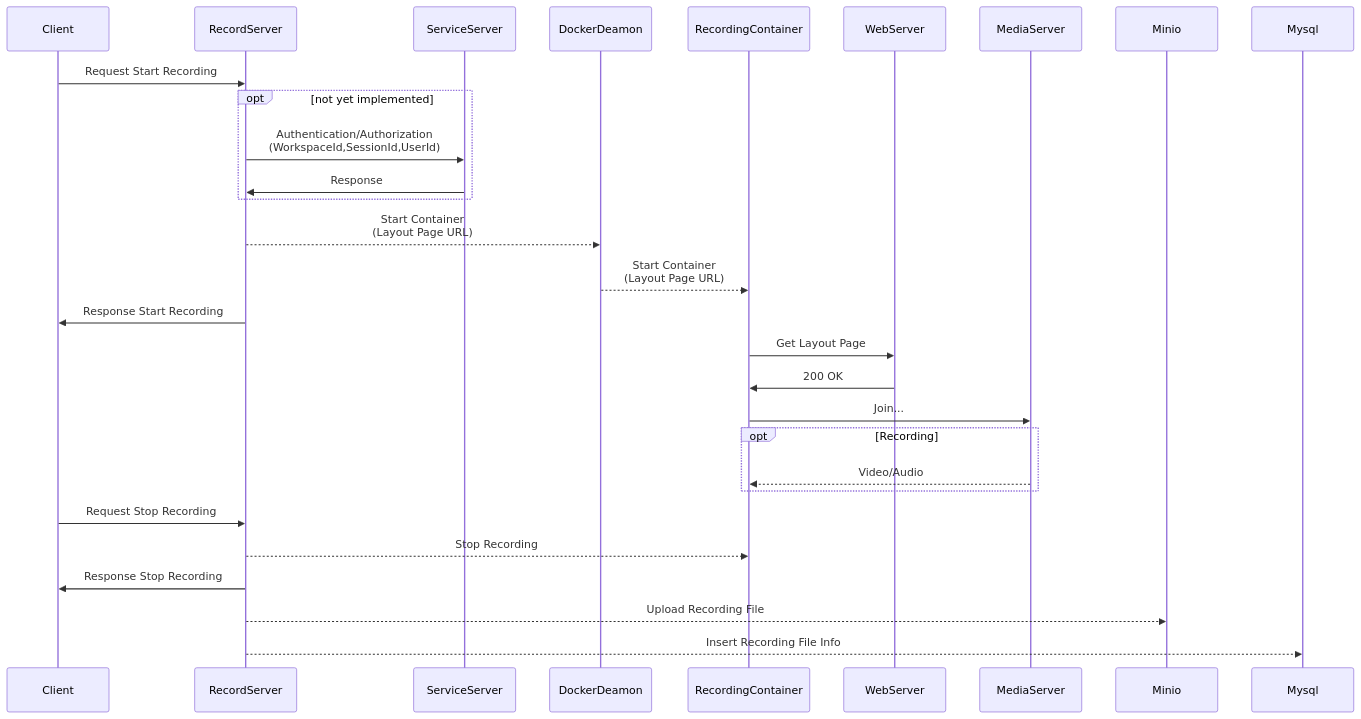
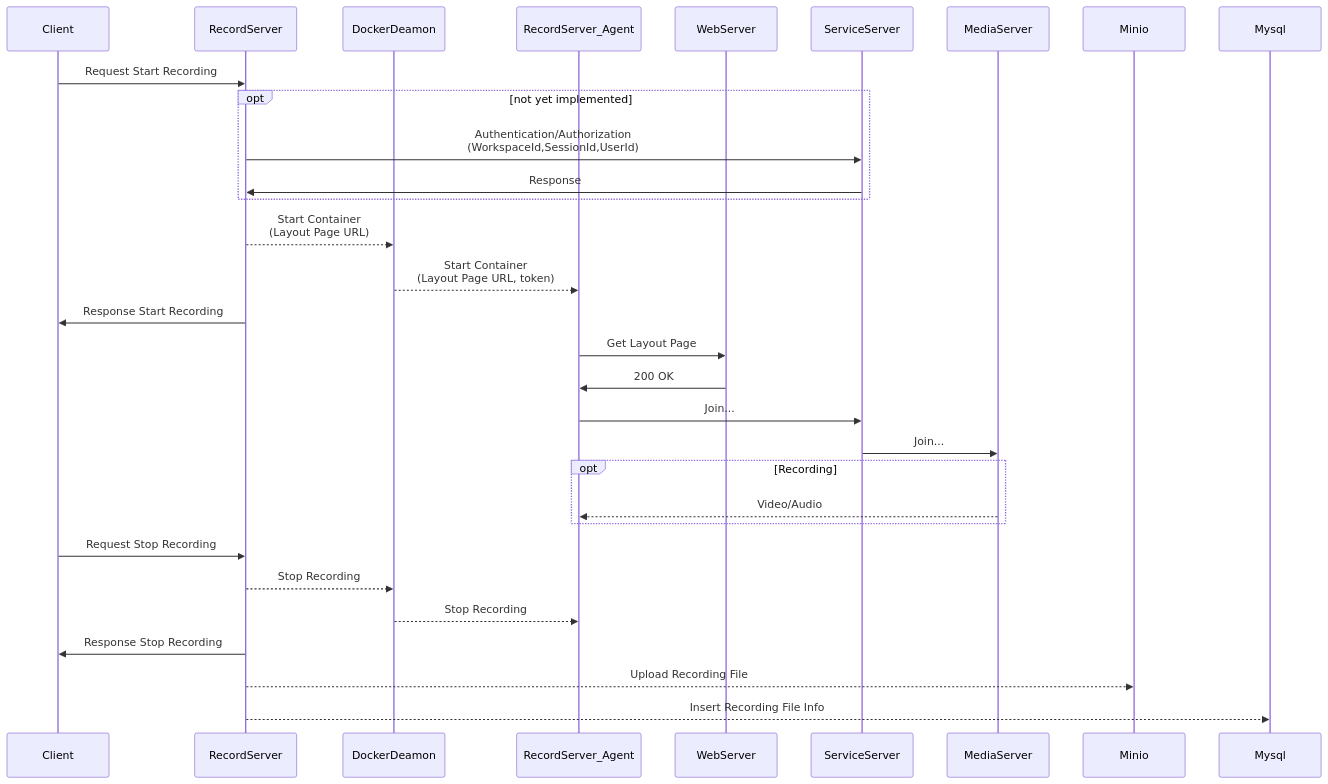
The diagram in sequence.md (Jintae-VIRNECT/kisti_test_repo), drawn with Mermaid before and after one commit. The commit also changed 1 other file, not shown here.

Commit message:
chore: update base flow image

````diff
--- a/sequence.md
+++ b/sequence.md
@@ -1,31 +1,33 @@
 ```mermaid
 sequenceDiagram
     participant Client
     participant RecordServer
+    participant DockerDeamon
+    participant RecordServer_Agent
+    participant WebServer
     participant ServiceServer
-    participant DockerDeamon
-    participant RecordingContainer
-    participant WebServer
     participant MediaServer
     participant Minio
     participant Mysql
     Client->>RecordServer: Request Start Recording
     opt not yet implemented
         RecordServer->>ServiceServer: Authentication/Authorization<br>(WorkspaceId,SessionId,UserId)
         ServiceServer->>RecordServer: Response
     end
     RecordServer-->>DockerDeamon: Start Container<br>(Layout Page URL)
-    DockerDeamon-->>RecordingContainer: Start Container<br>(Layout Page URL)
+    DockerDeamon-->>RecordServer_Agent: Start Container<br>(Layout Page URL, token)
     RecordServer->>Client: Response Start Recording
-    RecordingContainer->>WebServer: Get Layout Page
-    WebServer->>RecordingContainer: 200 OK
-    RecordingContainer->>MediaServer: Join...
+    RecordServer_Agent->>WebServer: Get Layout Page
+    WebServer->>RecordServer_Agent: 200 OK
+    RecordServer_Agent->>ServiceServer: Join...
+    ServiceServer->>MediaServer: Join...
     opt Recording
-        MediaServer-->>RecordingContainer: Video/Audio
+        MediaServer-->>RecordServer_Agent: Video/Audio
     end
     Client->>RecordServer: Request Stop Recording
-    RecordServer-->>RecordingContainer: Stop Recording
+    RecordServer-->>DockerDeamon: Stop Recording
+    DockerDeamon-->>RecordServer_Agent: Stop Recording
     RecordServer->>Client: Response Stop Recording
     RecordServer-->>Minio: Upload Recording File
     RecordServer-->>Mysql: Insert Recording File Info
 ```
````
